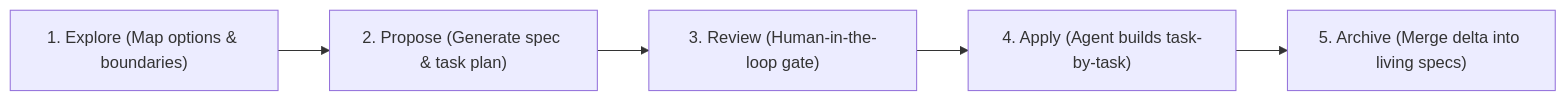
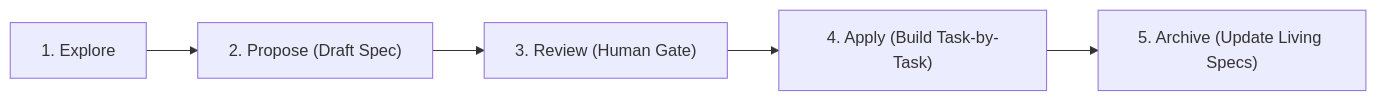
Before and after one commit to amitsk/typescript-development-env: the fifth of 5 diagrams in 14-llms.md, drawn with Mermaid. The commit also changed other lines of this file and 18 other files, not shown here.

````diff
--- a/14-llms.md
+++ b/14-llms.md
@@ -211,7 +113,7 @@
 ```mermaid
 flowchart LR
-    Explore["1. Explore (Map options & boundaries)"] --> Propose["2. Propose (Generate spec & task plan)"]
-    Propose --> Review["3. Review (Human-in-the-loop gate)"]
-    Review --> Apply["4. Apply (Agent builds task-by-task)"]
-    Apply --> Archive["5. Archive (Merge delta into living specs)"]
+    Explore["1. Explore"] --> Propose["2. Propose (Draft Spec)"]
+    Propose --> Review["3. Review (Human Gate)"]
+    Review --> Apply["4. Apply (Build Task-by-Task)"]
+    Apply --> Archive["5. Archive (Update Living Specs)"]
 ```
````
